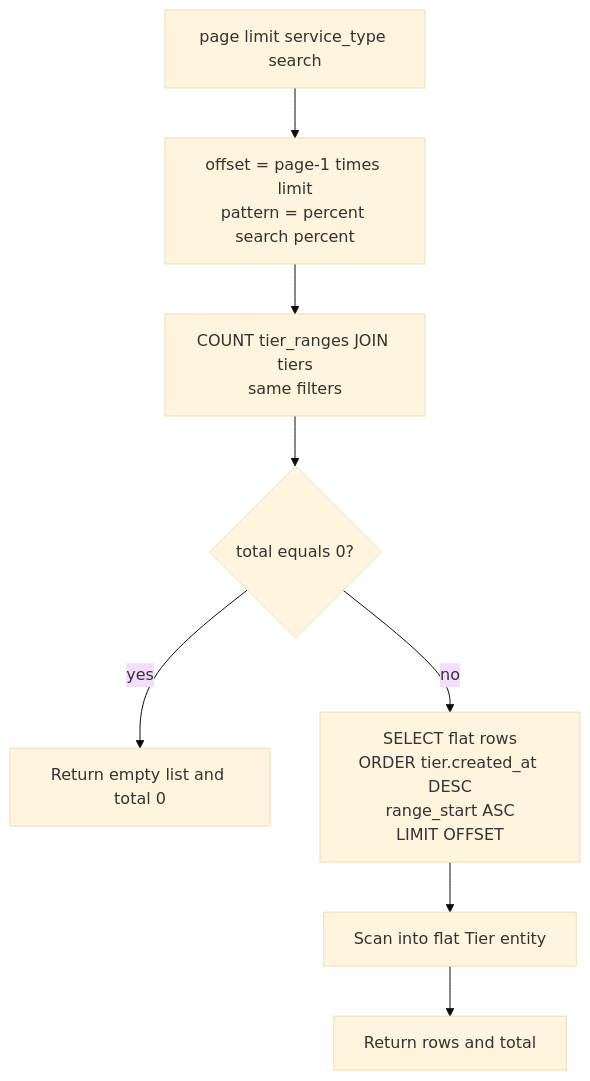
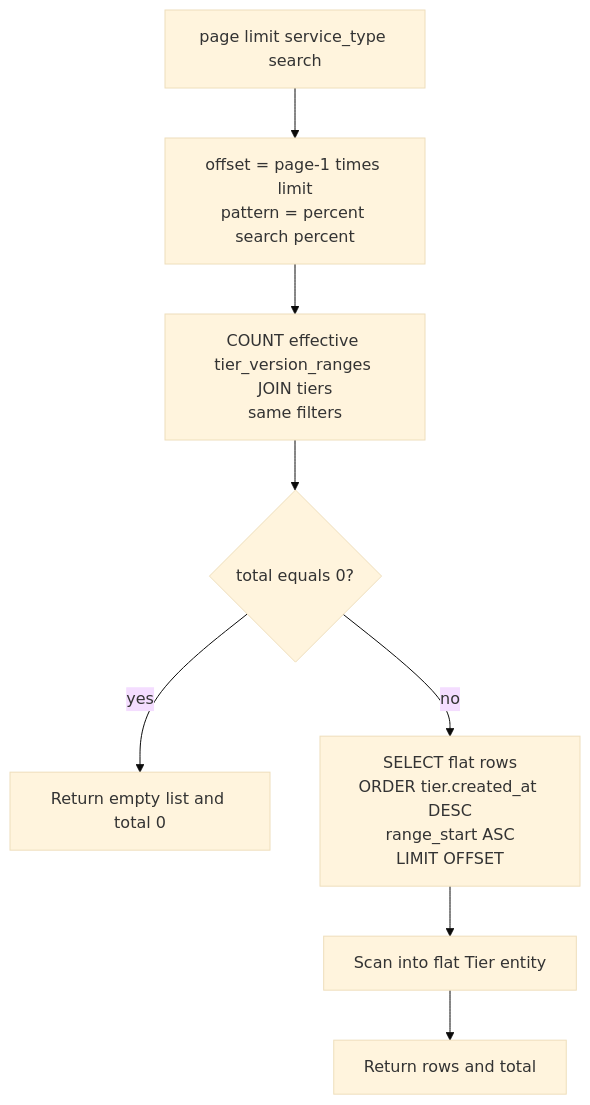
The fifth of 16 diagrams in god_view/billing/tier_catalog_god_view.md (phucle996/aurora), drawn with Mermaid (base theme) before and after one commit. The commit also changed other lines of this file and 71 other files, not shown here.

Commit message:
feat: implement pricing outbox relay, redesign billing schema, and integrate engine runtime services

````diff
--- a/god_view/billing/tier_catalog_god_view.md
+++ b/god_view/billing/tier_catalog_god_view.md
@@ -314,10 +336,10 @@
 ```mermaid
 flowchart TD
     IN[page limit service_type search] --> N[offset = page-1 times limit<br/>pattern = percent search percent]
-    N --> C[COUNT tier_ranges JOIN tiers<br/>same filters]
+    N --> C[COUNT effective tier_version_ranges JOIN tiers<br/>same filters]
     C --> Z{total equals 0?}
     Z -->|yes| EMPTY[Return empty list and total 0]
     Z -->|no| L[SELECT flat rows<br/>ORDER tier.created_at DESC<br/>range_start ASC<br/>LIMIT OFFSET]
     L --> MAP[Scan into flat Tier entity]
     MAP --> OUT[Return rows and total]
 ```
````
